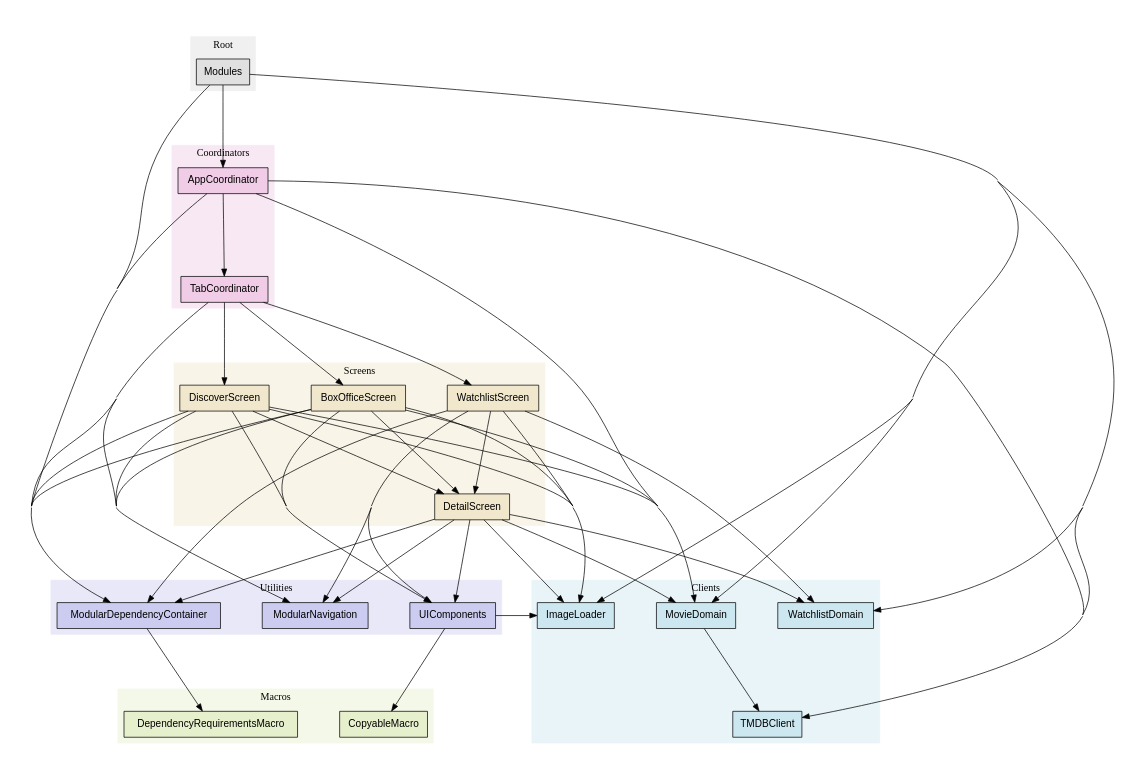
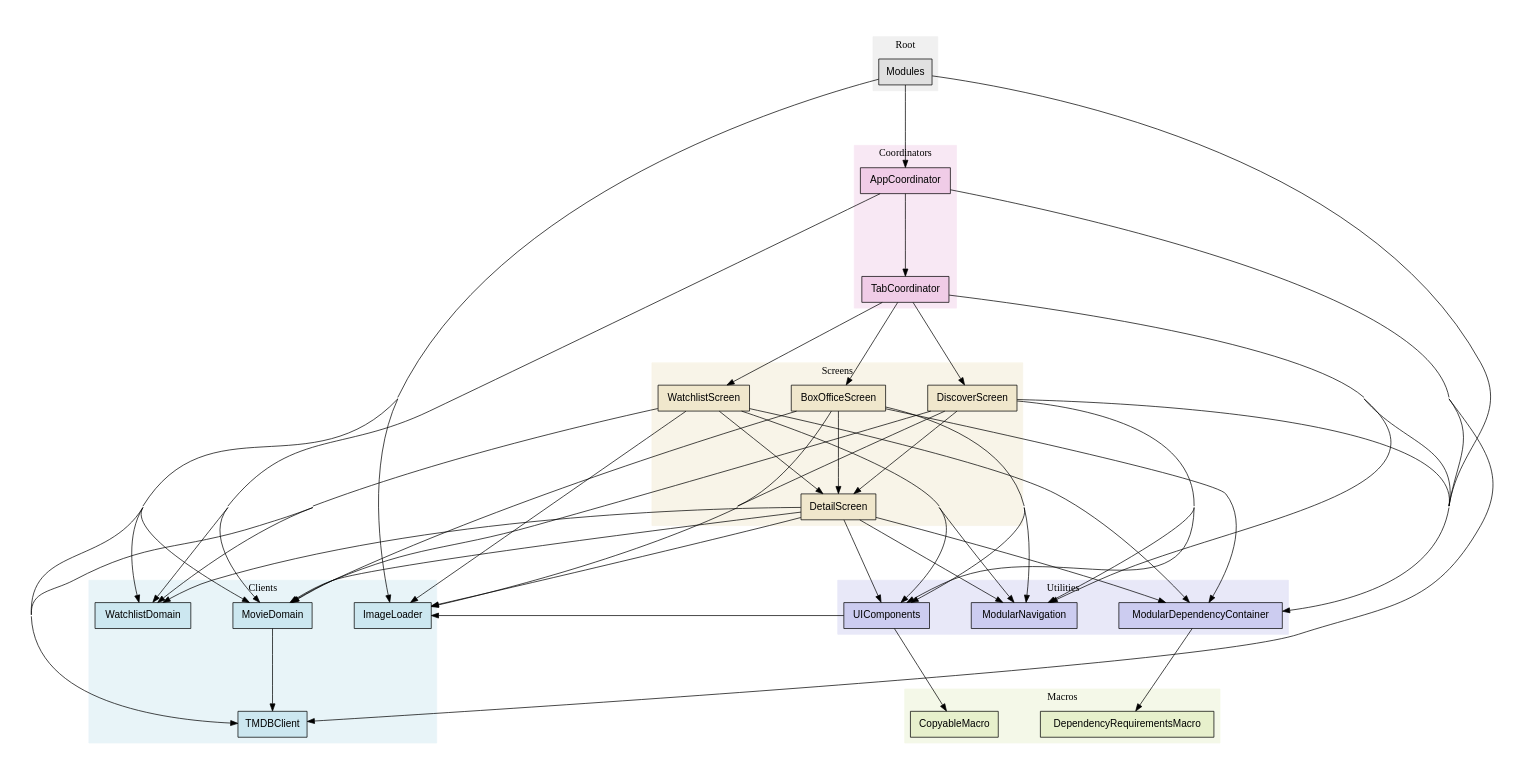
The diagram in dependency-graph-modules.dot (stephane-at-hatch/DIDemo), drawn with Graphviz before and after one commit. The commit also changed 49 other files, not shown here.

```diff
--- a/dependency-graph-modules.dot
+++ b/dependency-graph-modules.dot
@@ -1,113 +1,115 @@
 digraph ModuleDependencies {
     rankdir=TB;
     ranksep=1.6;
     nodesep=0.8;
     pad=0.5;
     compound=true;
     concentrate=true;
     splines=spline;
     node [shape=box, style=filled, fontname="Helvetica"];
 
     subgraph cluster_utilities {
         label="Utilities";
         style=filled;
         color="#e8e8f8";
 
         ModularDependencyContainer [label="ModularDependencyContainer", fillcolor="#ccccf0"];
         ModularNavigation [label="ModularNavigation", fillcolor="#ccccf0"];
         UIComponents [label="UIComponents", fillcolor="#ccccf0"];
     }
 
     subgraph cluster_clients {
         label="Clients";
         style=filled;
         color="#e8f4f8";
 
         ImageLoader [label="ImageLoader", fillcolor="#cce7f0"];
         MovieDomain [label="MovieDomain", fillcolor="#cce7f0"];
         TMDBClient [label="TMDBClient", fillcolor="#cce7f0"];
         WatchlistDomain [label="WatchlistDomain", fillcolor="#cce7f0"];
     }
 
     subgraph cluster_screens {
         label="Screens";
         style=filled;
         color="#f8f4e8";
 
         BoxOfficeScreen [label="BoxOfficeScreen", fillcolor="#f0e7cc"];
         DetailScreen [label="DetailScreen", fillcolor="#f0e7cc"];
         DiscoverScreen [label="DiscoverScreen", fillcolor="#f0e7cc"];
         WatchlistScreen [label="WatchlistScreen", fillcolor="#f0e7cc"];
     }
 
     subgraph cluster_coordinators {
         label="Coordinators";
         style=filled;
         color="#f8e8f4";
 
         AppCoordinator [label="AppCoordinator", fillcolor="#f0cce7"];
         TabCoordinator [label="TabCoordinator", fillcolor="#f0cce7"];
     }
 
     subgraph cluster_macros {
         label="Macros";
         style=filled;
         color="#f4f8e8";
 
         CopyableMacro [label="CopyableMacro", fillcolor="#e7f0cc"];
         DependencyRequirementsMacro [label="DependencyRequirementsMacro", fillcolor="#e7f0cc"];
     }
 
     subgraph cluster_root {
         label="Root";
         style=filled;
         color="#f0f0f0";
 
         Modules [label="Modules", fillcolor="#e0e0e0"];
     }
 
     // Dependencies
     Modules -> ModularDependencyContainer;
     Modules -> TMDBClient;
     Modules -> ImageLoader;
     Modules -> MovieDomain;
     Modules -> WatchlistDomain;
     Modules -> AppCoordinator;
     AppCoordinator -> ModularDependencyContainer;
     AppCoordinator -> MovieDomain;
     AppCoordinator -> TabCoordinator;
     AppCoordinator -> TMDBClient;
+    AppCoordinator -> WatchlistDomain;
     TabCoordinator -> ModularDependencyContainer;
     TabCoordinator -> BoxOfficeScreen;
     TabCoordinator -> DiscoverScreen;
     TabCoordinator -> WatchlistScreen;
     TabCoordinator -> ModularNavigation;
     BoxOfficeScreen -> ModularDependencyContainer;
     BoxOfficeScreen -> ModularNavigation;
     BoxOfficeScreen -> MovieDomain;
     BoxOfficeScreen -> ImageLoader;
     BoxOfficeScreen -> DetailScreen;
     BoxOfficeScreen -> UIComponents;
     DiscoverScreen -> ModularDependencyContainer;
     DiscoverScreen -> ModularNavigation;
     DiscoverScreen -> MovieDomain;
     DiscoverScreen -> ImageLoader;
     DiscoverScreen -> DetailScreen;
     DiscoverScreen -> UIComponents;
     DetailScreen -> ModularDependencyContainer;
     DetailScreen -> ModularNavigation;
     DetailScreen -> MovieDomain;
     DetailScreen -> WatchlistDomain;
     DetailScreen -> ImageLoader;
     DetailScreen -> UIComponents;
     WatchlistScreen -> ModularDependencyContainer;
     WatchlistScreen -> ModularNavigation;
     WatchlistScreen -> WatchlistDomain;
+    WatchlistScreen -> TMDBClient;
     WatchlistScreen -> ImageLoader;
     WatchlistScreen -> DetailScreen;
     WatchlistScreen -> UIComponents;
     MovieDomain -> TMDBClient;
     ModularDependencyContainer -> DependencyRequirementsMacro;
     UIComponents -> CopyableMacro;
     UIComponents -> ImageLoader;
 }
```
